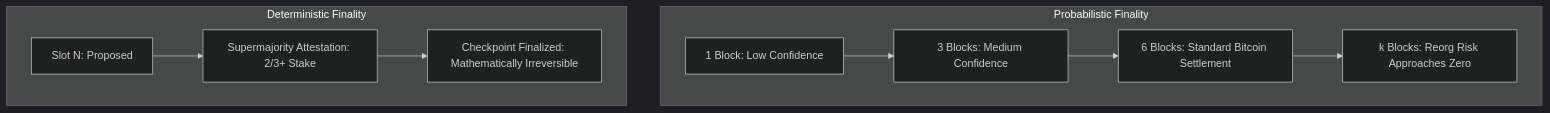
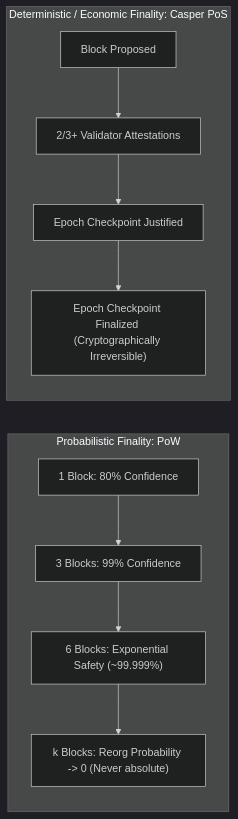
One commit to ub-society/modules changed the fourth of 4 diagrams in docs/learn/fundamentals/02-architecture-and-state/04-forks-finality-and-reorganizations.md. Above: the diagram before and after it, drawn with Mermaid (dark theme). The commit also changed other lines of this file and 3 other files, not shown here.

````diff
--- a/docs/learn/fundamentals/02-architecture-and-state/04-forks-finality-and-reorganizations.md
+++ b/docs/learn/fundamentals/02-architecture-and-state/04-forks-finality-and-reorganizations.md
@@ -103,13 +180,14 @@
 ```mermaid
-flowchart TD
-    subgraph Probabilistic Finality
-        P1[1 Block: Low Confidence] --> P2[3 Blocks: Medium Confidence]
-        P2 --> P3[6 Blocks: Standard Bitcoin Settlement]
-        P3 --> P4[k Blocks: Reorg Risk Approaches Zero]
+flowchart LR
+    subgraph Probabilistic Finality: PoW
+        Block1["1 Block: 80% Confidence"] --> Block3["3 Blocks: 99% Confidence"]
+        Block3 --> Block6["6 Blocks: Exponential Safety (~99.999%)"]
+        Block6 --> BlockN["k Blocks: Reorg Probability -> 0 (Never absolute)"]
     end
 
-    subgraph Deterministic Finality
-        D1[Slot N: Proposed] --> D2[Supermajority Attestation: 2/3+ Stake]
-        D2 --> D3[Checkpoint Finalized: Mathematically Irreversible]
+    subgraph Deterministic / Economic Finality: Casper PoS
+        Prop["Block Proposed"] --> Attest["2/3+ Validator Attestations"]
+        Attest --> Justified["Epoch Checkpoint Justified"]
+        Justified --> Finalized["Epoch Checkpoint Finalized (Cryptographically Irreversible)"]
     end
 ```
````
